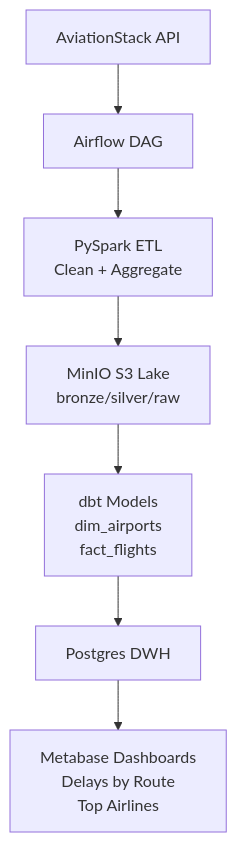
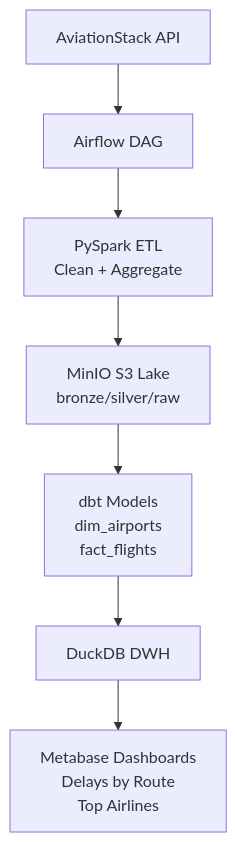
One commit to luiveldel/data-flight-pipeline changed the diagram in README.md. Above: the diagram before and after it, drawn with Mermaid. The commit also changed other lines of this file and 20 other files, not shown here.

````diff
--- a/README.md
+++ b/README.md
@@ -46,9 +53,9 @@
 ```mermaid
 graph TB
     A[AviationStack API] --> B[Airflow DAG]
     B --> C[PySpark ETL<br/>Clean + Aggregate]
     C --> D[MinIO S3 Lake<br/>bronze/silver/raw]
     D --> E[dbt Models<br/>dim_airports<br/>fact_flights]
-    E --> F[Postgres DWH]
+    E --> F[DuckDB DWH]
     F --> G[Metabase Dashboards<br/>Delays by Route<br/>Top Airlines]
 ```
````
